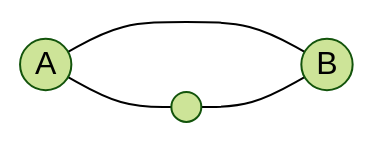
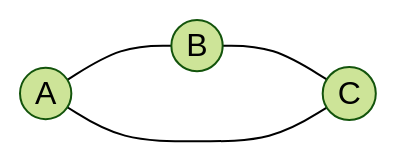
Diagram 16 of 19 in docs/mathematics/grafos.md (NagaoVictor/nagao-engineering), drawn with Mermaid (forest theme) before and after one commit. The commit also changed other lines of this file, not shown here.

````diff
--- a/docs/mathematics/grafos.md
+++ b/docs/mathematics/grafos.md
@@ -461,21 +200,10 @@
 ```mermaid
+graph LR
+    A((A))
+    B((B))
+    C((C))
 
-graph LR
-
-
-
-A((A))
-
-B((B))
-
-X((" "))
-
-
-
-A --- B
-
-A --- X
-
-X --- B
-
+    A --- B
+    B --- C
+    C --- A
 ```
````
